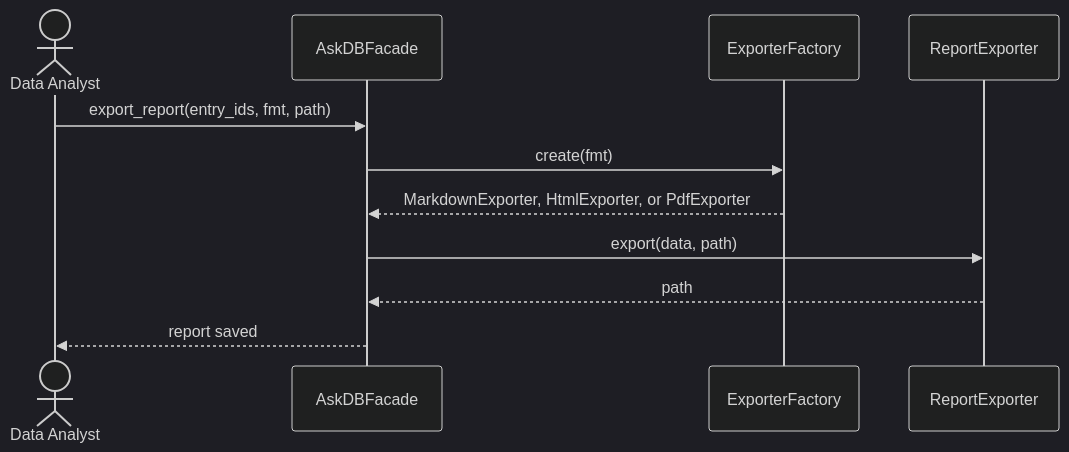
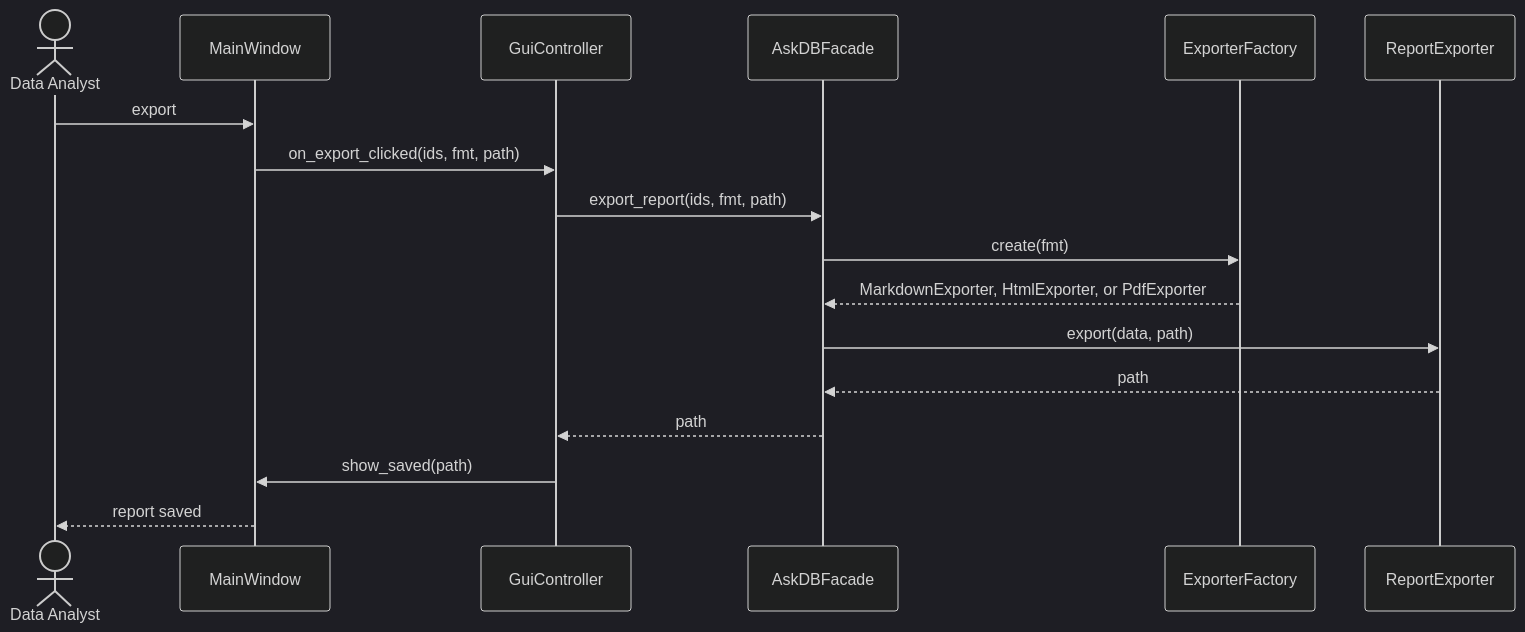
One commit to krishi-shah/AskDB-Data-Analyst-Agent changed diagram 13 of 15 in docs/Stage1_Design_Report.md. Above: the diagram before and after it, drawn with Mermaid (dark theme). The commit also changed other lines of this file, not shown here.

Commit message:
Complete the Stage 1 diagrams with the window, actors, and multiplicities.

````diff
--- a/docs/Stage1_Design_Report.md
+++ b/docs/Stage1_Design_Report.md
@@ -1181,14 +1313,20 @@
 ```mermaid
 sequenceDiagram
     actor A as Data Analyst
+    participant MW as MainWindow
+    participant GC as GuiController
     participant F as AskDBFacade
     participant EF as ExporterFactory
     participant EX as ReportExporter
 
-    A->>F: export_report(entry_ids, fmt, path)
+    A->>MW: export
+    MW->>GC: on_export_clicked(ids, fmt, path)
+    GC->>F: export_report(ids, fmt, path)
     F->>EF: create(fmt)
     EF-->>F: MarkdownExporter, HtmlExporter, or PdfExporter
     F->>EX: export(data, path)
     EX-->>F: path
-    F-->>A: report saved
+    F-->>GC: path
+    GC->>MW: show_saved(path)
+    MW-->>A: report saved
 ```
````
